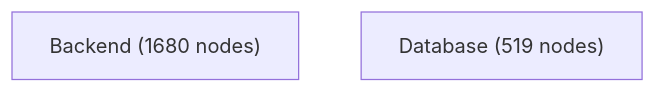
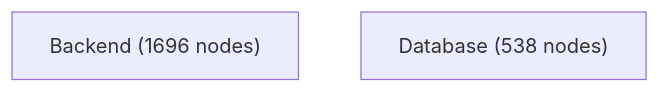
One commit to jankneumann/agentic-coding-tools changed the diagram in docs/architecture-analysis/views/containers.mmd. Above: the diagram before and after it, drawn with Mermaid. The commit also changed 12 other files, not shown here.

First line of the commit message:
chore(architecture): refresh committed analysis after retain-static-model merge

```diff
--- a/docs/architecture-analysis/views/containers.mmd
+++ b/docs/architecture-analysis/views/containers.mmd
@@ -1,3 +1,3 @@
 flowchart TB
-    Backend["Backend (1680 nodes)"]
-    Database["Database (519 nodes)"]
+    Backend["Backend (1696 nodes)"]
+    Database["Database (538 nodes)"]
```
